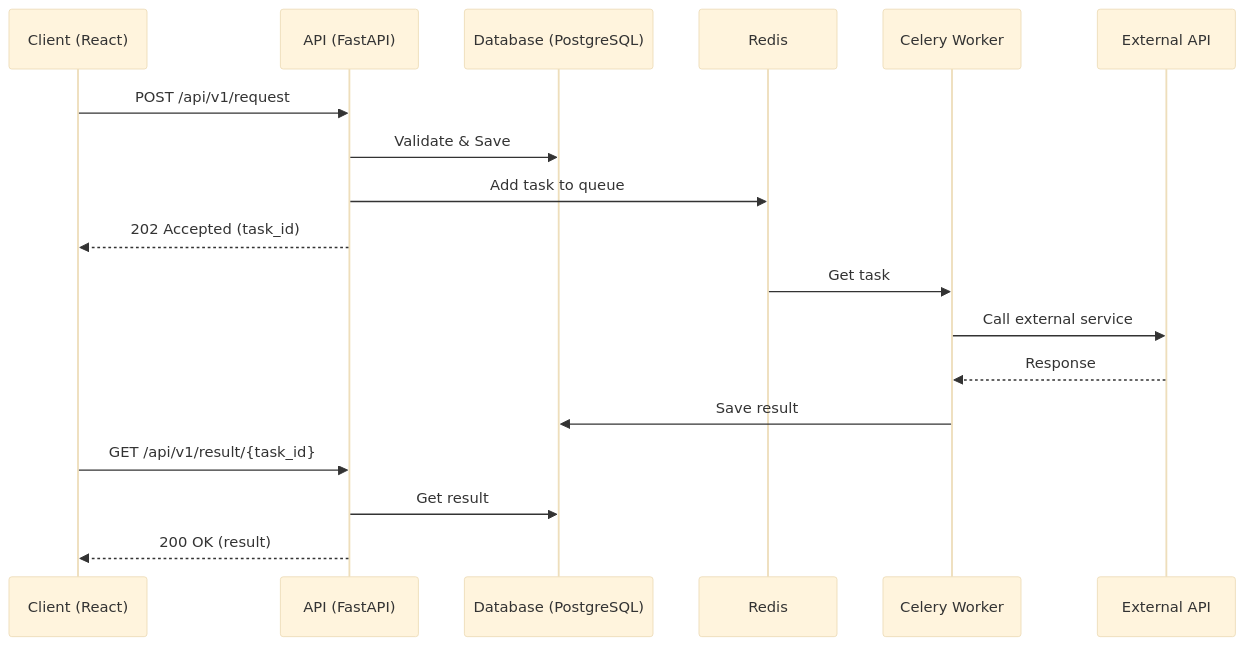
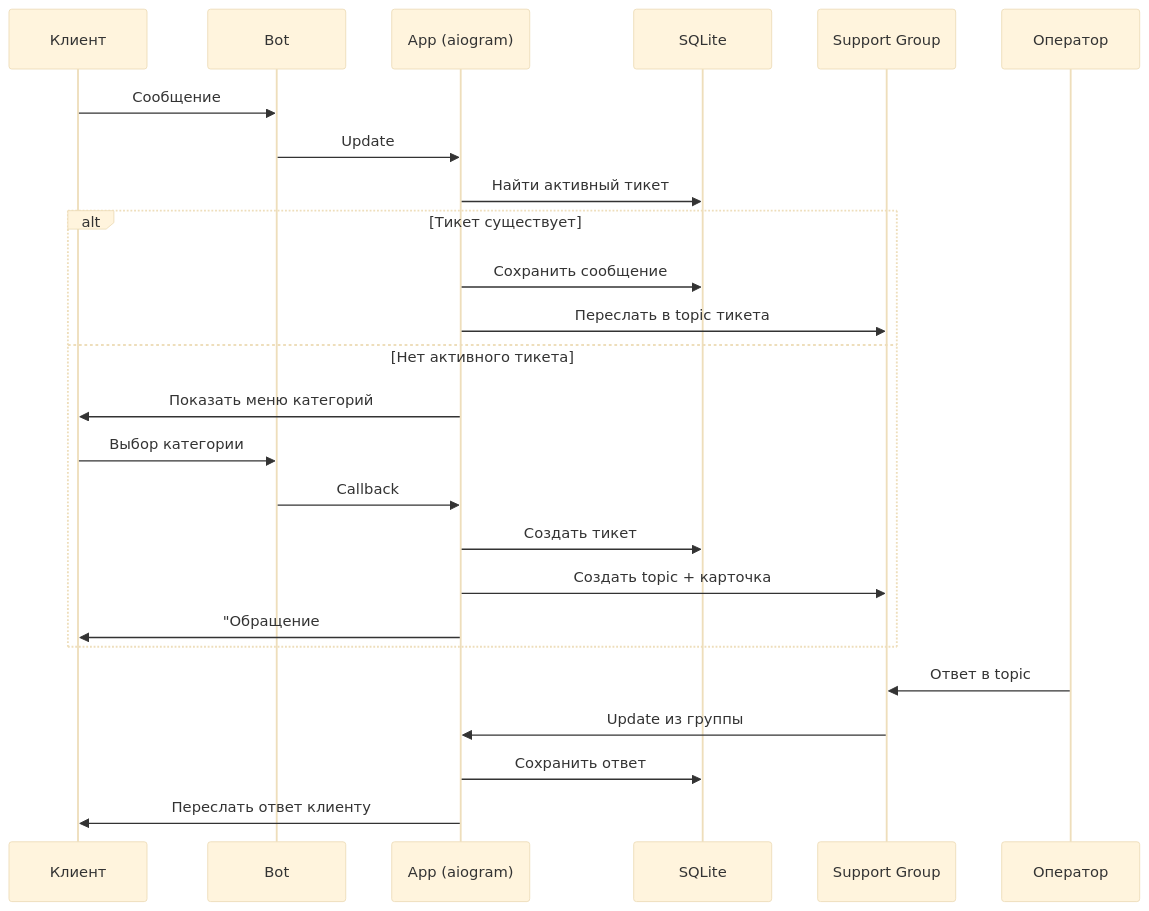
Before and after one commit to valeriabolshaeva-ux/nakama-support-bot: the second of 8 diagrams in docs/architecture.md, drawn with Mermaid (base theme). The commit also changed other lines of this file and 82 other files, not shown here.

First line of the commit message:
Add Telegram Support Bot with all features

````diff
--- a/docs/architecture.md
+++ b/docs/architecture.md
@@ -49,23 +45,30 @@
 ```mermaid
 sequenceDiagram
-    participant C as Client (React)
-    participant A as API (FastAPI)
-    participant D as Database (PostgreSQL)
-    participant R as Redis
-    participant W as Celery Worker
-    participant E as External API
+    participant C as Клиент
+    participant B as Bot
+    participant A as App (aiogram)
+    participant D as SQLite
+    participant G as Support Group
+    participant O as Оператор
     
-    C->>A: POST /api/v1/request
-    A->>D: Validate & Save
-    A->>R: Add task to queue
-    A-->>C: 202 Accepted (task_id)
+    C->>B: Сообщение
+    B->>A: Update
+    A->>D: Найти активный тикет
     
-    R->>W: Get task
-    W->>E: Call external service
-    E-->>W: Response
-    W->>D: Save result
+    alt Тикет существует
+        A->>D: Сохранить сообщение
+        A->>G: Переслать в topic тикета
+    else Нет активного тикета
+        A->>C: Показать меню категорий
+        C->>B: Выбор категории
+        B->>A: Callback
+        A->>D: Создать тикет
+        A->>G: Создать topic + карточка
+        A->>C: "Обращение #N принято"
+    end
     
-    C->>A: GET /api/v1/result/{task_id}
-    A->>D: Get result
-    A-->>C: 200 OK (result)
+    O->>G: Ответ в topic
+    G->>A: Update из группы
+    A->>D: Сохранить ответ
+    A->>C: Переслать ответ клиенту
 ```
````
